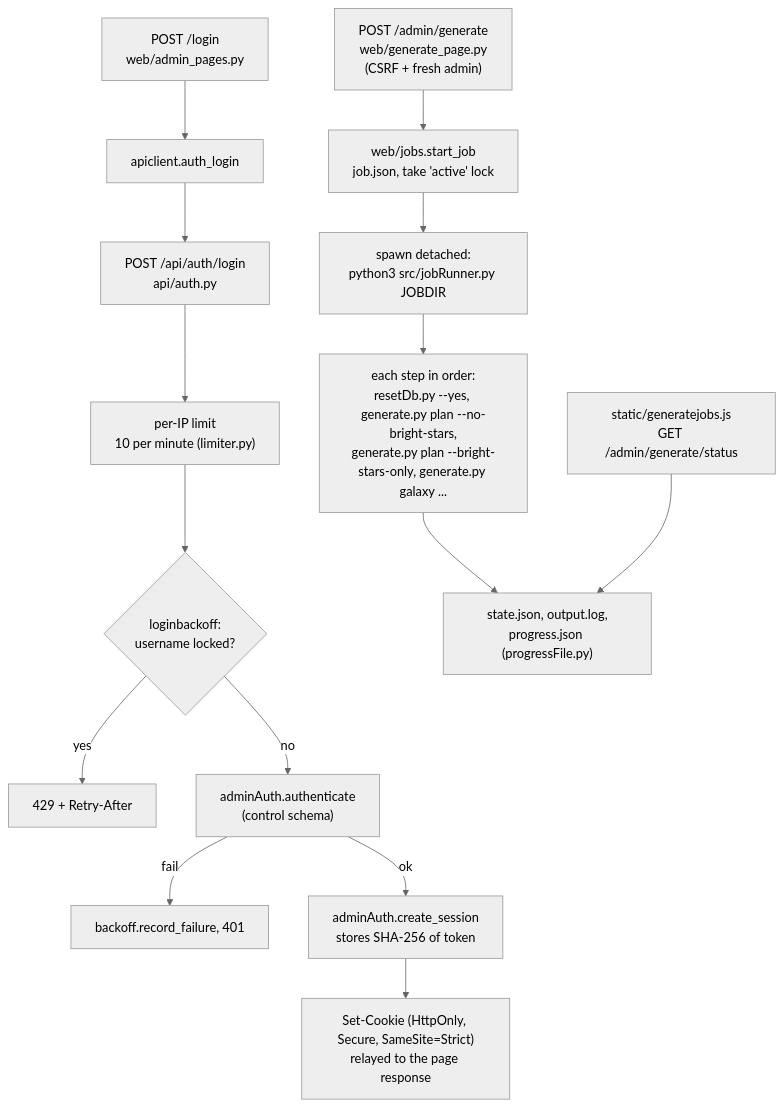
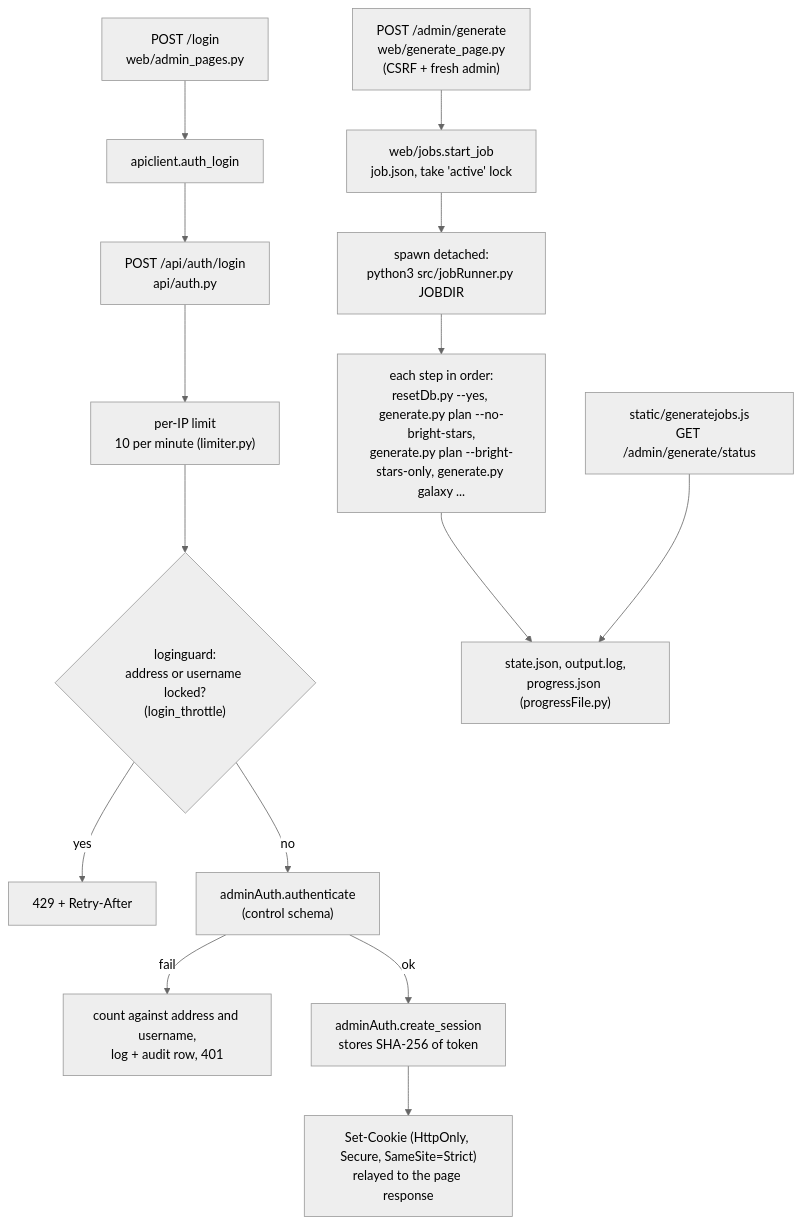
Before and after one commit to dwhagar/planetGen: the seventh of 8 diagrams in docs/design/architecture.md, drawn with Mermaid (neutral theme). The commit also changed other lines of this file and 26 other files, not shown here.

````diff
--- a/docs/design/architecture.md
+++ b/docs/design/architecture.md
@@ -653,18 +653,18 @@
 ```mermaid
 flowchart TD
     LP["POST /login<br/>web/admin_pages.py"] --> ACL["apiclient.auth_login"]
     ACL --> AL["POST /api/auth/login<br/>api/auth.py"]
     AL --> RL["per-IP limit<br/>10 per minute (limiter.py)"]
-    RL --> BO{"loginbackoff:<br/>username locked?"}
+    RL --> BO{"loginguard:<br/>address or username locked?<br/>(login_throttle)"}
     BO -->|"yes"| E429["429 + Retry-After"]
     BO -->|"no"| Auth["adminAuth.authenticate<br/>(control schema)"]
-    Auth -->|"fail"| Rec["backoff.record_failure, 401"]
+    Auth -->|"fail"| Rec["count against address and username,<br/>log + audit row, 401"]
     Auth -->|"ok"| Sess["adminAuth.create_session<br/>stores SHA-256 of token"]
     Sess --> Cookie["Set-Cookie (HttpOnly, Secure, SameSite=Strict)<br/>relayed to the page response"]
 
     Gen["POST /admin/generate<br/>web/generate_page.py<br/>(CSRF + fresh admin)"] --> SJ["web/jobs.start_job<br/>job.json, take 'active' lock"]
     SJ --> Spawn["spawn detached:<br/>python3 src/jobRunner.py JOBDIR"]
     Spawn --> Steps["each step in order:<br/>resetDb.py --yes, generate.py plan --no-bright-stars,<br/>generate.py plan --bright-stars-only, generate.py galaxy ..."]
     Steps --> Files["state.json, output.log,<br/>progress.json (progressFile.py)"]
     Poll["static/generatejobs.js<br/>GET /admin/generate/status"] --> Files
 ```
````
